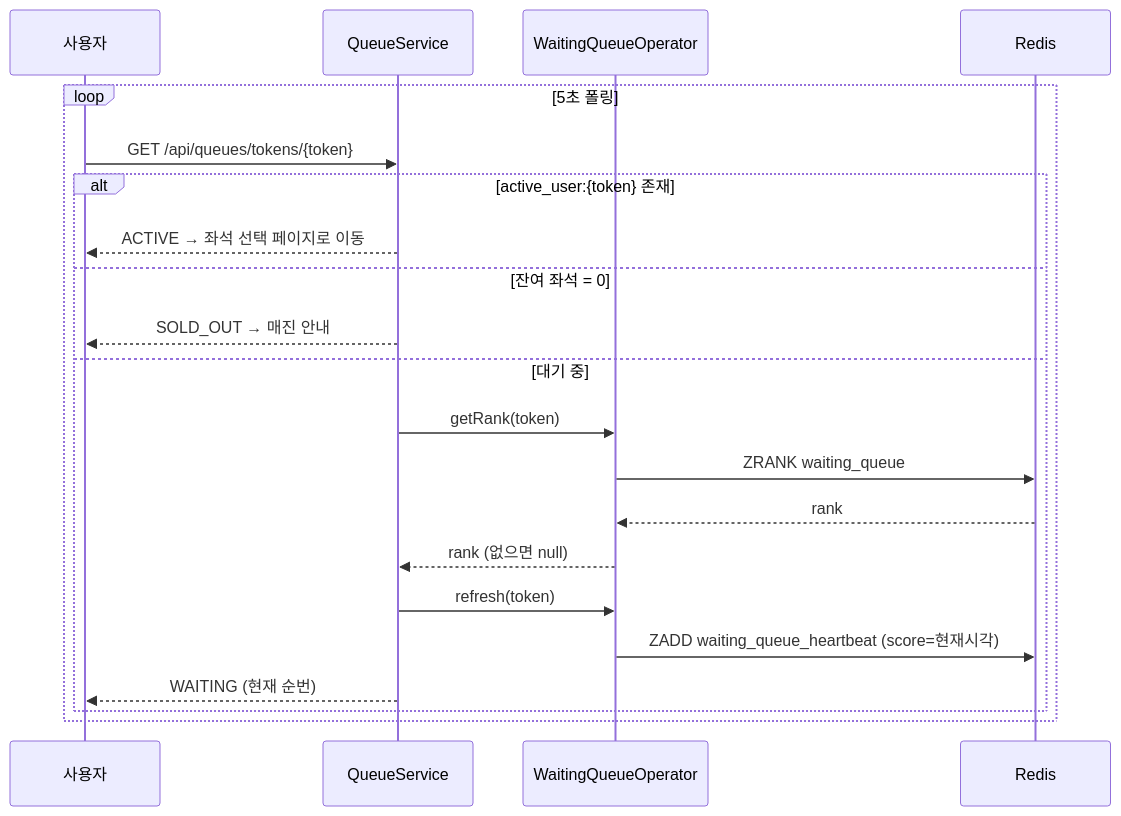
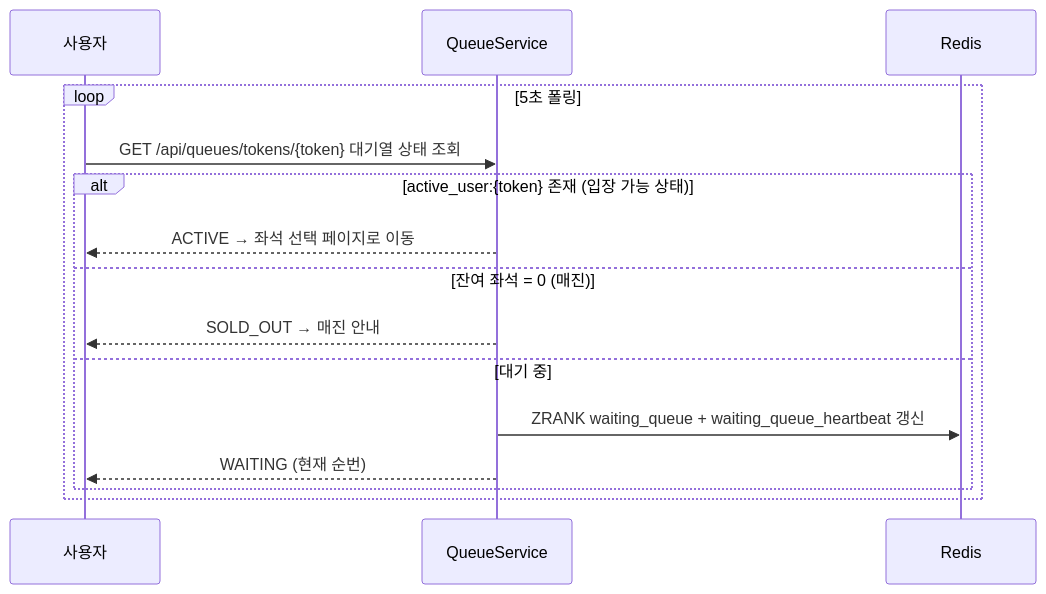
The third of 8 diagrams in README.md (irnd04/zticket), drawn with Mermaid before and after one commit. The commit also changed other lines of this file, not shown here.

Commit message:
docs: 다이어그램 간소화

````diff
--- a/README.md
+++ b/README.md
@@ -105,24 +96,18 @@
 ```mermaid
 sequenceDiagram
     participant U as 사용자
     participant Q as QueueService
-    participant O as WaitingQueueOperator
     participant R as Redis
 
     loop 5초 폴링
-        U->>Q: GET /api/queues/tokens/{token}
-        alt active_user:{token} 존재
+        U->>Q: GET /api/queues/tokens/{token} 대기열 상태 조회
+        alt active_user:{token} 존재 (입장 가능 상태)
             Q-->>U: ACTIVE → 좌석 선택 페이지로 이동
-        else 잔여 좌석 = 0
+        else 잔여 좌석 = 0 (매진)
             Q-->>U: SOLD_OUT → 매진 안내
         else 대기 중
-            Q->>O: getRank(token)
-            O->>R: ZRANK waiting_queue
-            R-->>O: rank
-            O-->>Q: rank (없으면 null)
-            Q->>O: refresh(token)
-            O->>R: ZADD waiting_queue_heartbeat (score=현재시각)
+            Q->>R: ZRANK waiting_queue + waiting_queue_heartbeat 갱신
             Q-->>U: WAITING (현재 순번)
         end
     end
 ```
````
